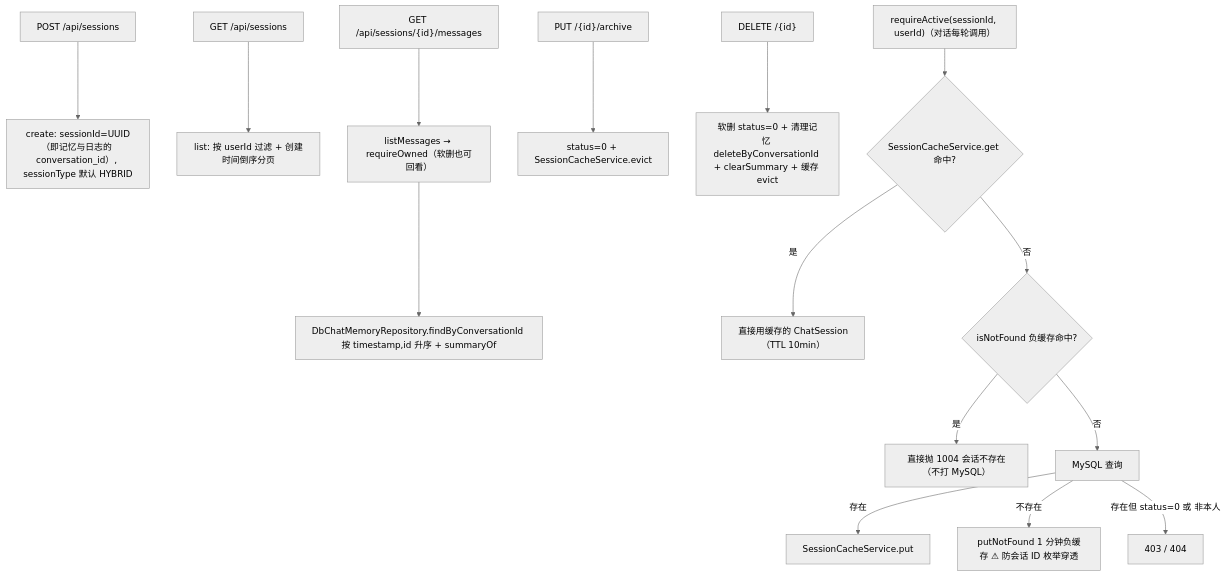
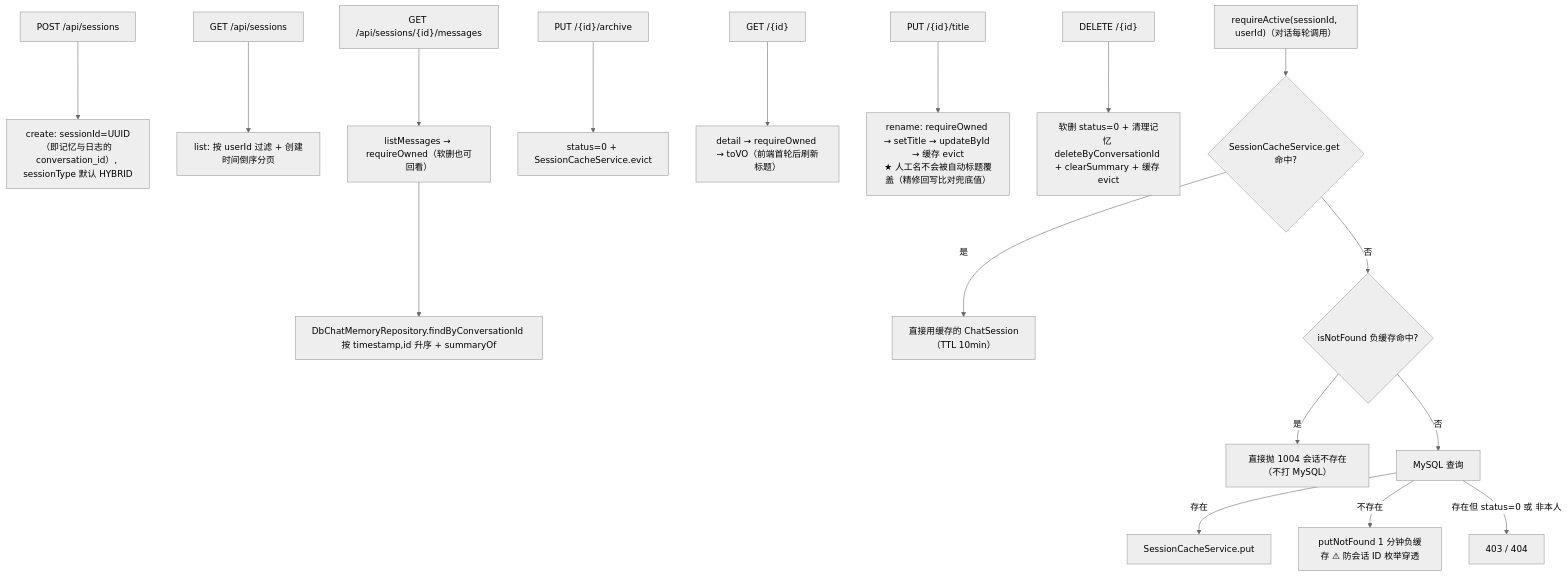
Before and after one commit to suiyile02/cc-ai-agent: diagram 16 of 20 in docs/flow-map.md, drawn with Mermaid (neutral theme). The commit also changed other lines of this file and 15 other files, not shown here.

````diff
--- a/docs/flow-map.md
+++ b/docs/flow-map.md
@@ -573,17 +578,19 @@
 ```mermaid
 flowchart TD
     S1["POST /api/sessions"] --> S2["create: sessionId=UUID（即记忆与日志的 conversation_id）, sessionType 默认 HYBRID"]
     L1["GET /api/sessions"] --> L2["list: 按 userId 过滤 + 创建时间倒序分页"]
     M1["GET /api/sessions/{id}/messages"] --> M2["listMessages → requireOwned（软删也可回看）"]
     M2 --> M3["DbChatMemoryRepository.findByConversationId 按 timestamp,id 升序 + summaryOf"]
     A1["PUT /{id}/archive"] --> A2["status=0 + SessionCacheService.evict"]
+    E1["GET /{id}"] --> E2["detail → requireOwned → toVO（前端首轮后刷新标题）"]
+    N1["PUT /{id}/title"] --> N2["rename: requireOwned → setTitle → updateById → 缓存 evict<br/>★ 人工名不会被自动标题覆盖（精修回写比对兜底值）"]
     D1["DELETE /{id}"] --> D2["软删 status=0 + 清理记忆 deleteByConversationId + clearSummary + 缓存 evict"]
     R1["requireActive(sessionId, userId)（对话每轮调用）"] --> R2{"SessionCacheService.get 命中?"}
     R2 -->|是| R3["直接用缓存的 ChatSession（TTL 10min）"]
     R2 -->|否| R4{"isNotFound 负缓存命中?"}
     R4 -->|是| R5["直接抛 1004 会话不存在（不打 MySQL）"]
     R4 -->|否| R6["MySQL 查询"]
     R6 -->|存在| R7["SessionCacheService.put"]
     R6 -->|不存在| R8["putNotFound 1 分钟负缓存 ⚠ 防会话 ID 枚举穿透"]
     R6 -->|存在但 status=0 或 非本人| R9["403 / 404"]
 ```
````
